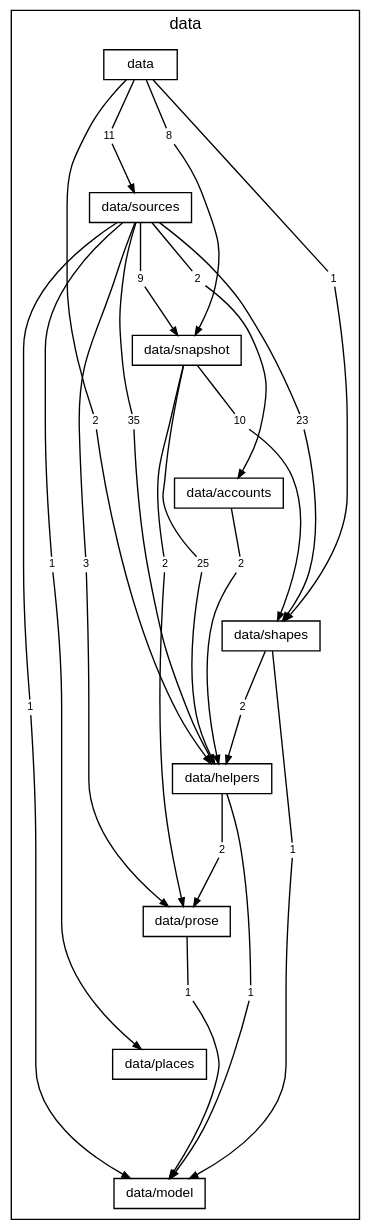
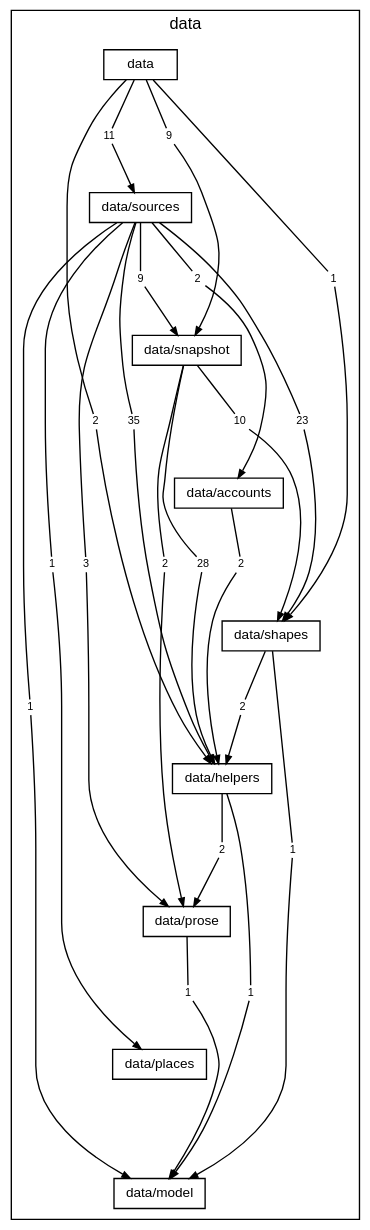
One commit to TheAxeC/oculus changed the diagram in docs/diagrams/layer-data.dot. Above: the diagram before and after it, drawn with Graphviz. The commit also changed 180 other files, not shown here.

```diff
--- a/docs/diagrams/layer-data.dot
+++ b/docs/diagrams/layer-data.dot
@@ -1,85 +1,85 @@
 digraph layer_data {
     graph [bgcolor="transparent", rankdir=TB, newrank=true, mclimit=4, fontname="Helvetica,Arial,sans-serif", fontsize=12, nodesep=0.2, ranksep=0.5];
     node [shape=box, color="black", fontcolor="black", fontname="Helvetica,Arial,sans-serif", fontsize=10, height=0.3, margin="0.12,0.04"];
     edge [color="black", fontcolor="black", fontname="Helvetica,Arial,sans-serif", fontsize=8, arrowsize=0.6];
     subgraph "cluster_data" {
         label="data"; style=solid;
         "folder data" [label="data"];
         "folder data/sources" [label="data/sources"];
         "folder data/snapshot" [label="data/snapshot"];
         "folder data/accounts" [label="data/accounts"];
         "folder data/shapes" [label="data/shapes"];
         "folder data/helpers" [label="data/helpers"];
         "folder data/prose" [label="data/prose"];
         "folder data/places" [label="data/places"];
         "folder data/model" [label="data/model"];
         "folder data to folder data/helpers" [label="2", shape=box, color="transparent", fontsize=8, width=0, height=0, margin="0.04,0.02"];
         "folder data to folder data/shapes" [label="1", shape=box, color="transparent", fontsize=8, width=0, height=0, margin="0.04,0.02"];
-        "folder data to folder data/snapshot" [label="8", shape=box, color="transparent", fontsize=8, width=0, height=0, margin="0.04,0.02"];
+        "folder data to folder data/snapshot" [label="9", shape=box, color="transparent", fontsize=8, width=0, height=0, margin="0.04,0.02"];
         "folder data to folder data/sources" [label="11", shape=box, color="transparent", fontsize=8, width=0, height=0, margin="0.04,0.02"];
         "folder data/sources to folder data/accounts" [label="2", shape=box, color="transparent", fontsize=8, width=0, height=0, margin="0.04,0.02"];
         "folder data/sources to folder data/helpers" [label="35", shape=box, color="transparent", fontsize=8, width=0, height=0, margin="0.04,0.02"];
         "folder data/sources to folder data/model" [label="1", shape=box, color="transparent", fontsize=8, width=0, height=0, margin="0.04,0.02"];
         "folder data/sources to folder data/places" [label="1", shape=box, color="transparent", fontsize=8, width=0, height=0, margin="0.04,0.02"];
         "folder data/sources to folder data/prose" [label="3", shape=box, color="transparent", fontsize=8, width=0, height=0, margin="0.04,0.02"];
         "folder data/sources to folder data/shapes" [label="23", shape=box, color="transparent", fontsize=8, width=0, height=0, margin="0.04,0.02"];
         "folder data/sources to folder data/snapshot" [label="9", shape=box, color="transparent", fontsize=8, width=0, height=0, margin="0.04,0.02"];
-        "folder data/snapshot to folder data/helpers" [label="25", shape=box, color="transparent", fontsize=8, width=0, height=0, margin="0.04,0.02"];
+        "folder data/snapshot to folder data/helpers" [label="28", shape=box, color="transparent", fontsize=8, width=0, height=0, margin="0.04,0.02"];
         "folder data/snapshot to folder data/prose" [label="2", shape=box, color="transparent", fontsize=8, width=0, height=0, margin="0.04,0.02"];
         "folder data/snapshot to folder data/shapes" [label="10", shape=box, color="transparent", fontsize=8, width=0, height=0, margin="0.04,0.02"];
         "folder data/accounts to folder data/helpers" [label="2", shape=box, color="transparent", fontsize=8, width=0, height=0, margin="0.04,0.02"];
         "folder data/shapes to folder data/helpers" [label="2", shape=box, color="transparent", fontsize=8, width=0, height=0, margin="0.04,0.02"];
         "folder data/shapes to folder data/model" [label="1", shape=box, color="transparent", fontsize=8, width=0, height=0, margin="0.04,0.02"];
         "folder data/helpers to folder data/model" [label="1", shape=box, color="transparent", fontsize=8, width=0, height=0, margin="0.04,0.02"];
         "folder data/helpers to folder data/prose" [label="2", shape=box, color="transparent", fontsize=8, width=0, height=0, margin="0.04,0.02"];
         "folder data/prose to folder data/model" [label="1", shape=box, color="transparent", fontsize=8, width=0, height=0, margin="0.04,0.02"];
     }
     "folder data" -> "folder data/sources" [style=invis, weight=10, minlen=2];
     "folder data/sources" -> "folder data/snapshot" [style=invis, weight=10, minlen=2];
     "folder data/snapshot" -> "folder data/accounts" [style=invis, weight=10, minlen=2];
     "folder data/accounts" -> "folder data/shapes" [style=invis, weight=10, minlen=2];
     "folder data/shapes" -> "folder data/helpers" [style=invis, weight=10, minlen=2];
     "folder data/helpers" -> "folder data/prose" [style=invis, weight=10, minlen=2];
     "folder data/prose" -> "folder data/places" [style=invis, weight=10, minlen=2];
     "folder data/places" -> "folder data/model" [style=invis, weight=10, minlen=2];
     "folder data" -> "folder data to folder data/helpers" [arrowhead=none, minlen=5, weight=10];
     "folder data to folder data/helpers" -> "folder data/helpers" [];
     "folder data" -> "folder data to folder data/shapes" [arrowhead=none, minlen=3, weight=10];
     "folder data to folder data/shapes" -> "folder data/shapes" [];
     "folder data" -> "folder data to folder data/snapshot" [arrowhead=none, minlen=1, weight=10];
     "folder data to folder data/snapshot" -> "folder data/snapshot" [];
     "folder data" -> "folder data to folder data/sources" [arrowhead=none, minlen=1, weight=10];
     "folder data to folder data/sources" -> "folder data/sources" [];
     "folder data/sources" -> "folder data/sources to folder data/accounts" [arrowhead=none, minlen=1, weight=10];
     "folder data/sources to folder data/accounts" -> "folder data/accounts" [];
     "folder data/sources" -> "folder data/sources to folder data/helpers" [arrowhead=none, minlen=3, weight=10];
     "folder data/sources to folder data/helpers" -> "folder data/helpers" [];
     "folder data/sources" -> "folder data/sources to folder data/model" [arrowhead=none, minlen=7, weight=10];
     "folder data/sources to folder data/model" -> "folder data/model" [];
     "folder data/sources" -> "folder data/sources to folder data/places" [arrowhead=none, minlen=5, weight=10];
     "folder data/sources to folder data/places" -> "folder data/places" [];
     "folder data/sources" -> "folder data/sources to folder data/prose" [arrowhead=none, minlen=5, weight=10];
     "folder data/sources to folder data/prose" -> "folder data/prose" [];
     "folder data/sources" -> "folder data/sources to folder data/shapes" [arrowhead=none, minlen=3, weight=10];
     "folder data/sources to folder data/shapes" -> "folder data/shapes" [];
     "folder data/sources" -> "folder data/sources to folder data/snapshot" [arrowhead=none, minlen=1, weight=10];
     "folder data/sources to folder data/snapshot" -> "folder data/snapshot" [];
     "folder data/snapshot" -> "folder data/snapshot to folder data/helpers" [arrowhead=none, minlen=3, weight=10];
     "folder data/snapshot to folder data/helpers" -> "folder data/helpers" [];
     "folder data/snapshot" -> "folder data/snapshot to folder data/prose" [arrowhead=none, minlen=3, weight=10];
     "folder data/snapshot to folder data/prose" -> "folder data/prose" [];
     "folder data/snapshot" -> "folder data/snapshot to folder data/shapes" [arrowhead=none, minlen=1, weight=10];
     "folder data/snapshot to folder data/shapes" -> "folder data/shapes" [];
     "folder data/accounts" -> "folder data/accounts to folder data/helpers" [arrowhead=none, minlen=1, weight=10];
     "folder data/accounts to folder data/helpers" -> "folder data/helpers" [];
     "folder data/shapes" -> "folder data/shapes to folder data/helpers" [arrowhead=none, minlen=1, weight=10];
     "folder data/shapes to folder data/helpers" -> "folder data/helpers" [];
     "folder data/shapes" -> "folder data/shapes to folder data/model" [arrowhead=none, minlen=3, weight=10];
     "folder data/shapes to folder data/model" -> "folder data/model" [];
     "folder data/helpers" -> "folder data/helpers to folder data/model" [arrowhead=none, minlen=3, weight=10];
     "folder data/helpers to folder data/model" -> "folder data/model" [];
     "folder data/helpers" -> "folder data/helpers to folder data/prose" [arrowhead=none, minlen=1, weight=10];
     "folder data/helpers to folder data/prose" -> "folder data/prose" [];
     "folder data/prose" -> "folder data/prose to folder data/model" [arrowhead=none, minlen=1, weight=10];
     "folder data/prose to folder data/model" -> "folder data/model" [];
 }
```
